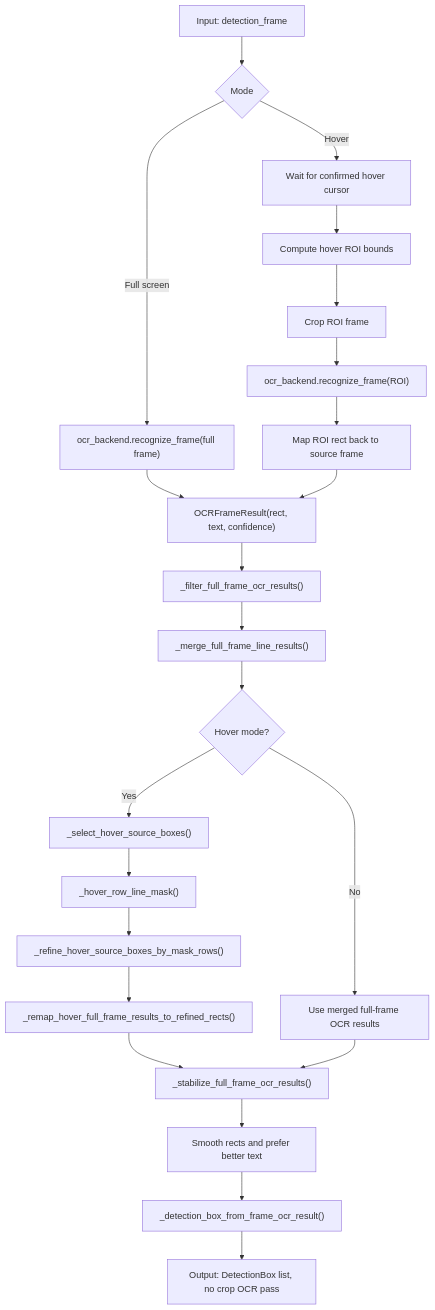
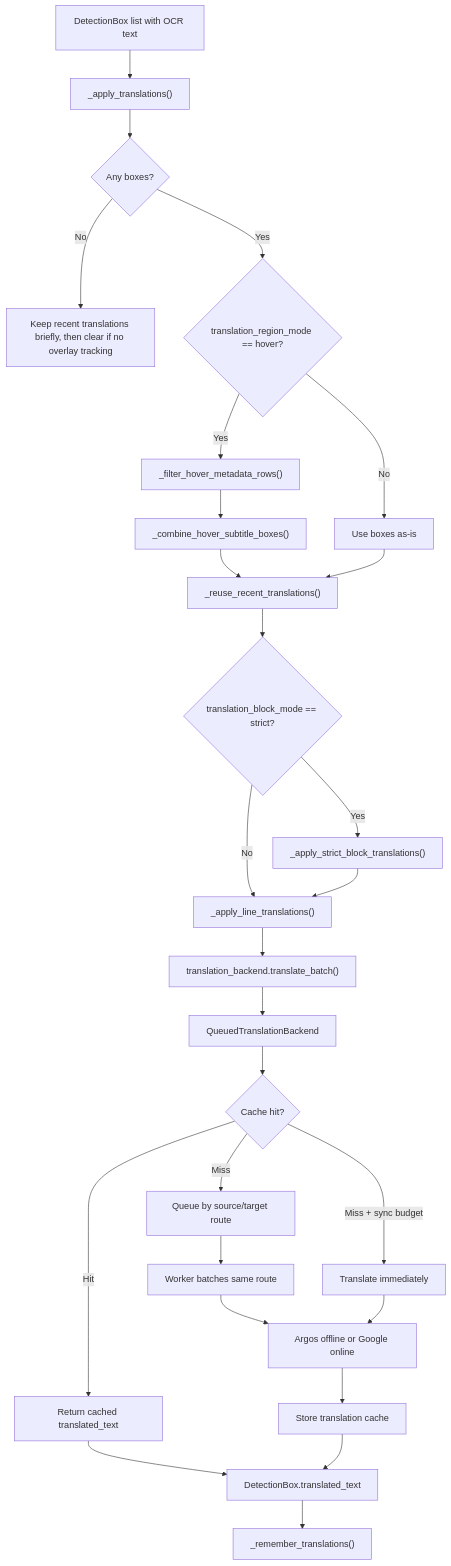
Before and after one commit to BU-Pacharapol-Ardsang/ScreenLens-Detection: the fifth of 9 diagrams in PIPELINE_MERMAID.md, drawn with Mermaid. The commit also changed other lines of this file and 4 other files, not shown here.

````diff
--- a/PIPELINE_MERMAID.md
+++ b/PIPELINE_MERMAID.md
@@ -194,32 +191,32 @@
 ```mermaid
 flowchart TD
-    A["Input: detection_frame"] --> B{"Mode"}
+    A["DetectionBox list with OCR text"] --> B["_apply_translations()"]
+    B --> C{"Any boxes?"}
+    C -->|No| D["Keep recent translations briefly, then clear if no overlay tracking"]
+    C -->|Yes| E{"translation_region_mode == hover?"}
 
-    B -->|Full screen| C["ocr_backend.recognize_frame(full frame)"]
-    B -->|Hover| D["Wait for confirmed hover cursor"]
+    E -->|Yes| F["_filter_hover_metadata_rows()"]
+    F --> G["_combine_hover_subtitle_boxes()"]
+    E -->|No| H["Use boxes as-is"]
 
-    D --> E["Compute hover ROI bounds"]
-    E --> F["Crop ROI frame"]
-    F --> G["ocr_backend.recognize_frame(ROI)"]
+    G --> I["_reuse_recent_translations()"]
+    H --> I
+    I --> J{"translation_block_mode == strict?"}
+    J -->|Yes| K["_apply_strict_block_translations()"]
+    J -->|No| L["_apply_line_translations()"]
+    K --> L
 
-    C --> H["OCRFrameResult(rect, text, confidence)"]
-    G --> I["Map ROI rect back to source frame"]
-    I --> H
-
-    H --> J["_filter_full_frame_ocr_results()"]
-    J --> K["_merge_full_frame_line_results()"]
-    K --> L{"Hover mode?"}
-
-    L -->|Yes| M["_select_hover_source_boxes()"]
-    M --> N["_hover_row_line_mask()"]
-    N --> O["_refine_hover_source_boxes_by_mask_rows()"]
-    O --> P["_remap_hover_full_frame_results_to_refined_rects()"]
-
-    L -->|No| Q["Use merged full-frame OCR results"]
-    P --> R["_stabilize_full_frame_ocr_results()"]
-    Q --> R
-
-    R --> S["Smooth rects and prefer better text"]
-    S --> T["_detection_box_from_frame_ocr_result()"]
-    T --> U["Output: DetectionBox list, no crop OCR pass"]
+    L --> M["translation_backend.translate_batch()"]
+    M --> N["QueuedTranslationBackend"]
+    N --> O{"Cache hit?"}
+    O -->|Hit| P["Return cached translated_text"]
+    O -->|Miss + sync budget| Q["Translate immediately"]
+    O -->|Miss| R["Queue by source/target route"]
+    R --> S["Worker batches same route"]
+    S --> T["Argos offline or Google online"]
+    Q --> T
+    T --> U["Store translation cache"]
+    P --> V["DetectionBox.translated_text"]
+    U --> V
+    V --> W["_remember_translations()"]
 ```
````
